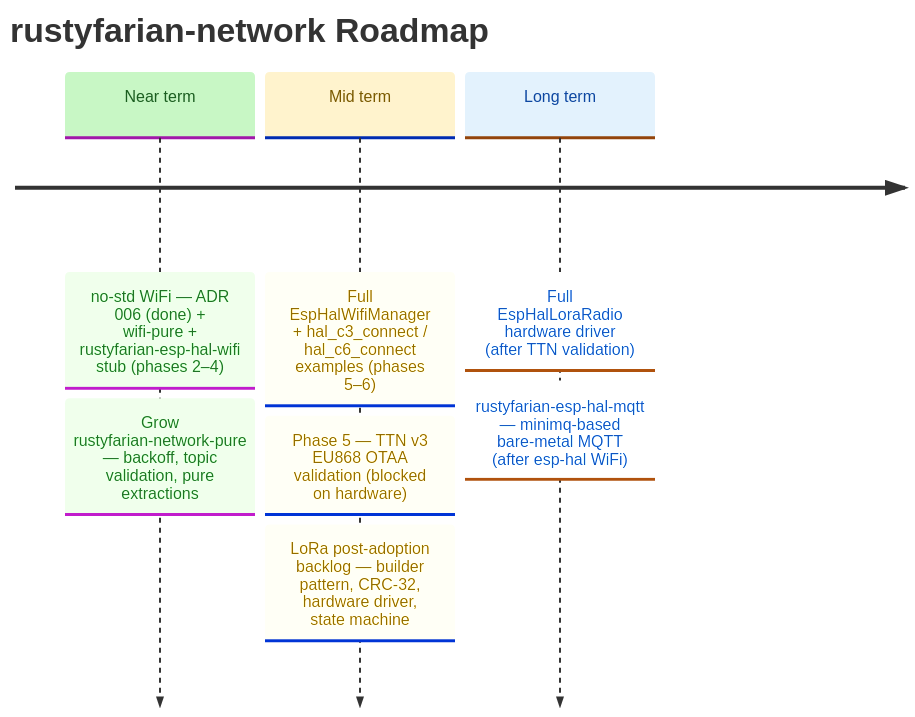
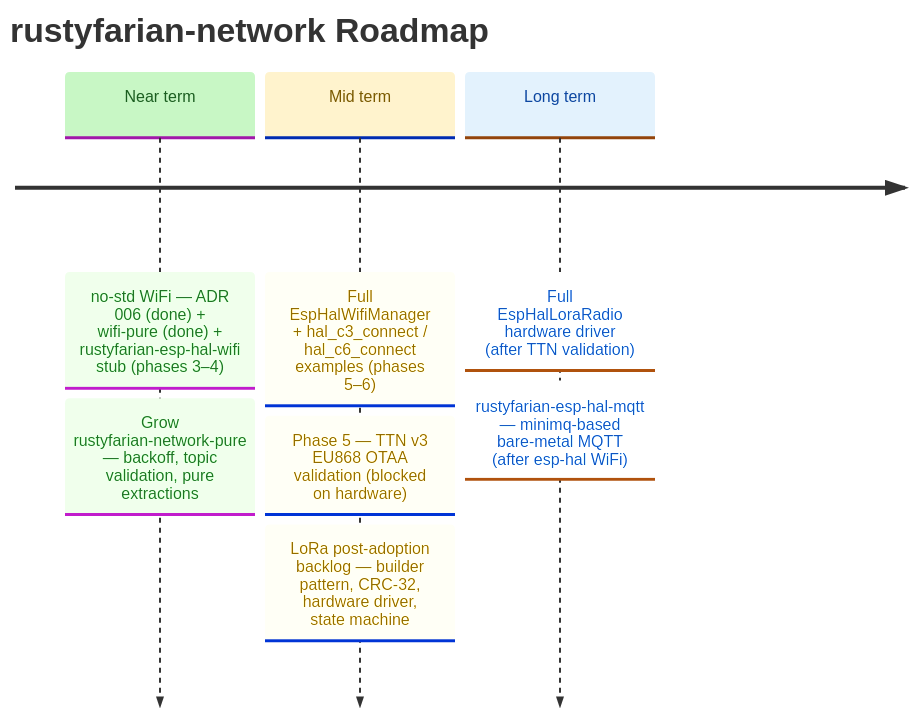
The diagram in docs/ROADMAP.md (datenkollektiv/rustyfarian-network), drawn with Mermaid before and after one commit. The commit also changed other lines of this file, not shown here.

Commit message:
Update roadmap to reflect completion of wifi-pure

````diff
--- a/docs/ROADMAP.md
+++ b/docs/ROADMAP.md
@@ -9,26 +9,26 @@
 ```mermaid
 %%{init: {
   "theme": "base",
   "themeVariables": {
     "cScale0": "#c8f7c5",
     "cScaleLabel0": "#1b5e20",
     "cScale1": "#fff3cd",
     "cScaleLabel1": "#7a5a00",
     "cScale2": "#e3f2fd",
     "cScaleLabel2": "#0d47a1"
   }
 }}%%
 
 timeline
     title rustyfarian-network Roadmap
 
-    Near term : no-std WiFi — ADR 006 (done) + wifi-pure + rustyfarian-esp-hal-wifi stub (phases 2–4)
+    Near term : no-std WiFi — ADR 006 (done) + wifi-pure (done) + rustyfarian-esp-hal-wifi stub (phases 3–4)
               : Grow rustyfarian-network-pure — backoff, topic validation, pure extractions
 
     Mid term  : Full EspHalWifiManager + hal_c3_connect / hal_c6_connect examples (phases 5–6)
               : Phase 5 — TTN v3 EU868 OTAA validation (blocked on hardware)
               : LoRa post-adoption backlog — builder pattern, CRC-32, hardware driver, state machine
 
     Long term : Full EspHalLoraRadio hardware driver (after TTN validation)
               : rustyfarian-esp-hal-mqtt — minimq-based bare-metal MQTT (after esp-hal WiFi)
 ```
````
